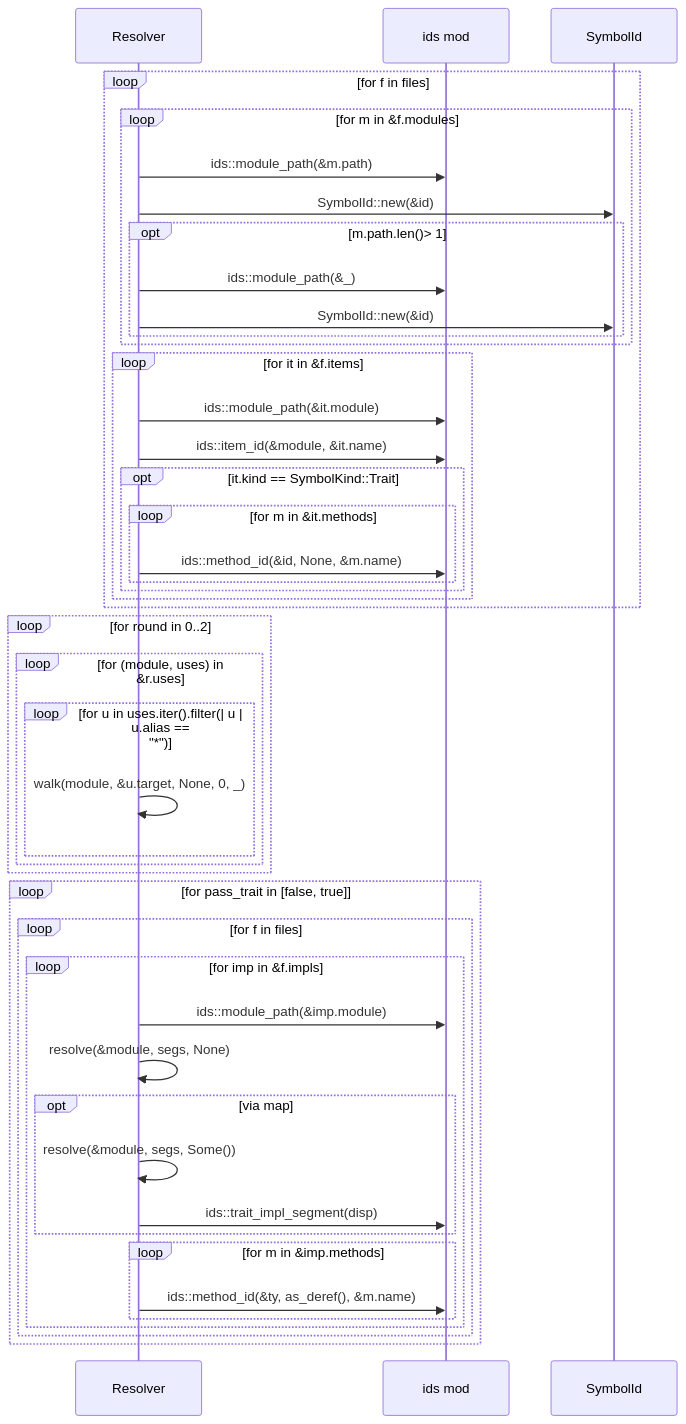
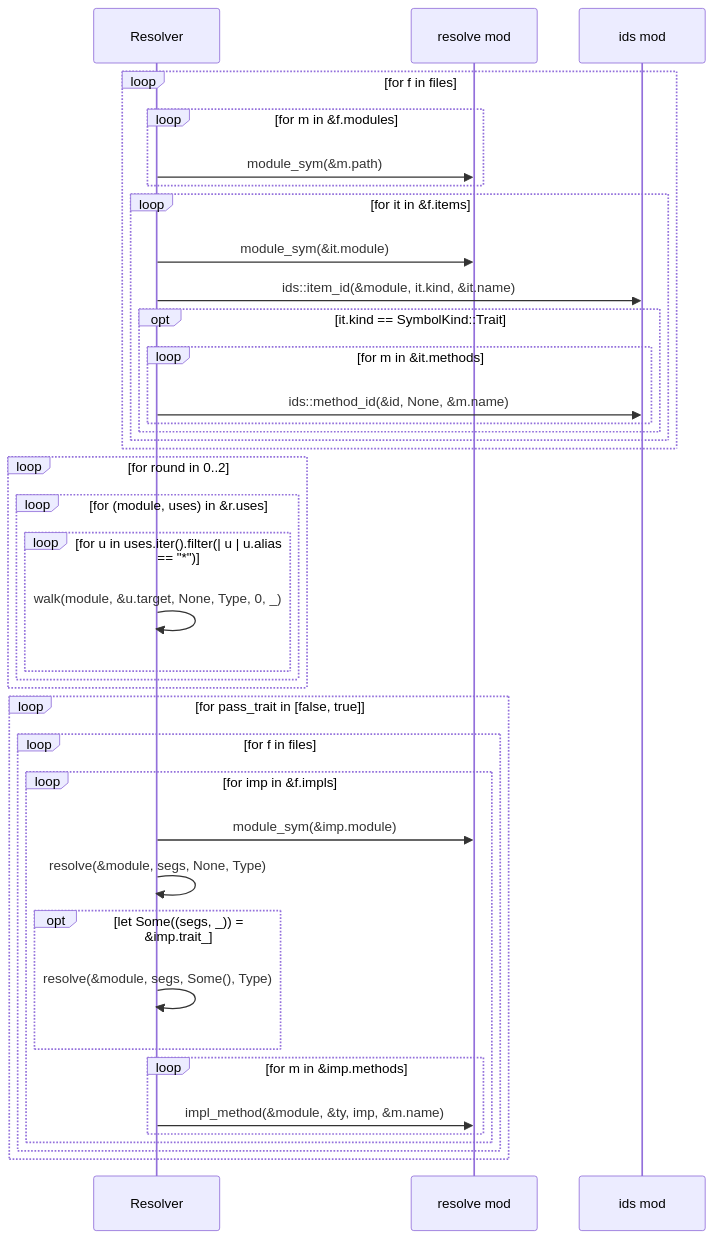
One commit to DreamLab-AI/codemaid changed the eighth of 22 diagrams in docs/sealmap/crates/sealmap-rust/src/resolve.rs.md. Above: the diagram before and after it, drawn with Mermaid. The commit also changed other lines of this file and 45 other files, not shown here.

First line of the commit message:
docs: regenerate the self-corpus for sym: ids and schema v2

````diff
--- a/docs/sealmap/crates/sealmap-rust/src/resolve.rs.md
+++ b/docs/sealmap/crates/sealmap-rust/src/resolve.rs.md
@@ -242,47 +310,41 @@
 ```mermaid
 sequenceDiagram
-  participant sealmap_rust__resolve__Resolver as Resolver
+  participant sealmap_rust__resolve___tResolver as Resolver
+  participant sealmap_rust__resolve as resolve mod
   participant sealmap_frontend__ids as ids mod
-  participant sealmap_model__symbol__SymbolId as SymbolId
   loop for f in files
     loop for m in &f.modules
-      sealmap_rust__resolve__Resolver->>sealmap_frontend__ids: ids::module_path(&m.path)
-      sealmap_rust__resolve__Resolver->>sealmap_model__symbol__SymbolId: SymbolId::new(&id)
-      opt m.path.len()> 1
-        sealmap_rust__resolve__Resolver->>sealmap_frontend__ids: ids::module_path(&_)
-        sealmap_rust__resolve__Resolver->>sealmap_model__symbol__SymbolId: SymbolId::new(&id)
-      end
+      sealmap_rust__resolve___tResolver->>sealmap_rust__resolve: module_sym(&m.path)
     end
     loop for it in &f.items
-      sealmap_rust__resolve__Resolver->>sealmap_frontend__ids: ids::module_path(&it.module)
-      sealmap_rust__resolve__Resolver->>sealmap_frontend__ids: ids::item_id(&module, &it.name)
+      sealmap_rust__resolve___tResolver->>sealmap_rust__resolve: module_sym(&it.module)
+      sealmap_rust__resolve___tResolver->>sealmap_frontend__ids: ids::item_id(&module, it.kind, &it.name)
       opt it.kind == SymbolKind::Trait
         loop for m in &it.methods
-          sealmap_rust__resolve__Resolver->>sealmap_frontend__ids: ids::method_id(&id, None, &m.name)
+          sealmap_rust__resolve___tResolver->>sealmap_frontend__ids: ids::method_id(&id, None, &m.name)
         end
       end
     end
   end
   loop for round in 0..2
     loop for (module, uses) in &r.uses
       loop for u in uses.iter().filter(| u | u.alias == #quot;*#quot;)
-        sealmap_rust__resolve__Resolver->>sealmap_rust__resolve__Resolver: walk(module, &u.target, None, 0, _)
+        sealmap_rust__resolve___tResolver->>sealmap_rust__resolve___tResolver: walk(module, &u.target, None, Type, 0, _)
       end
     end
   end
   loop for pass_trait in [false, true]
     loop for f in files
       loop for imp in &f.impls
-        sealmap_rust__resolve__Resolver->>sealmap_frontend__ids: ids::module_path(&imp.module)
-        sealmap_rust__resolve__Resolver->>sealmap_rust__resolve__Resolver: resolve(&module, segs, None)
-        opt via map
-          sealmap_rust__resolve__Resolver->>sealmap_rust__resolve__Resolver: resolve(&module, segs, Some())
-          sealmap_rust__resolve__Resolver->>sealmap_frontend__ids: ids::trait_impl_segment(disp)
+        sealmap_rust__resolve___tResolver->>sealmap_rust__resolve: module_sym(&imp.module)
+        sealmap_rust__resolve___tResolver->>sealmap_rust__resolve___tResolver: resolve(&module, segs, None, Type)
+        opt let Some((segs, _)) = &imp.trait_
+          sealmap_rust__resolve___tResolver->>sealmap_rust__resolve___tResolver: resolve(&module, segs, Some(), Type)
         end
         loop for m in &imp.methods
-          sealmap_rust__resolve__Resolver->>sealmap_frontend__ids: ids::method_id(&ty, as_deref(), &m.name)
+          sealmap_rust__resolve___tResolver->>sealmap_rust__resolve: impl_method(&module, &ty, imp, &m.name)
         end
       end
     end
   end
 ```
````
